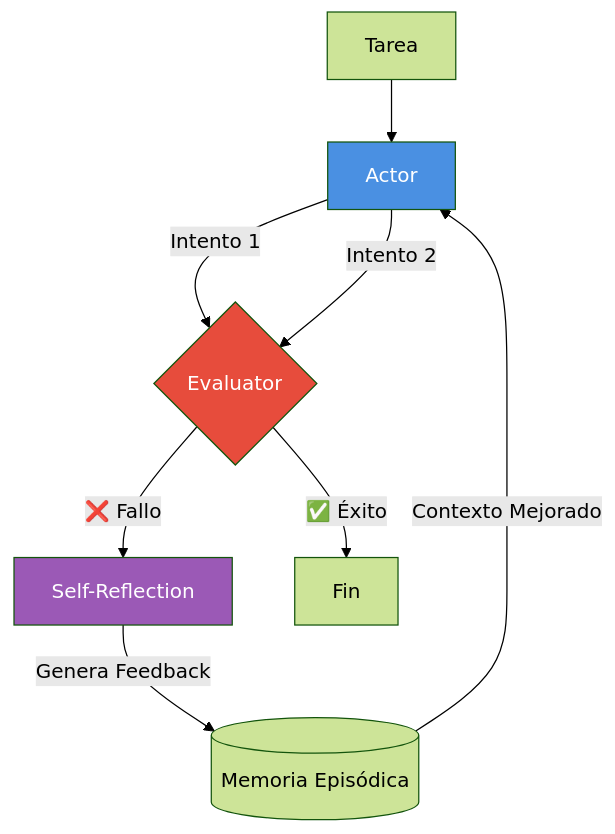
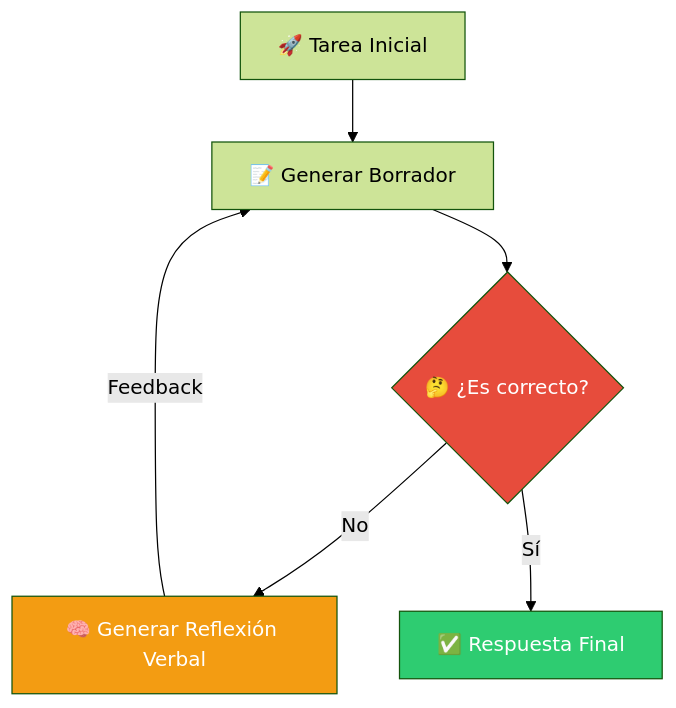
One commit to RACPSC2025/Professional-AI-Agent-Developer-Course-v1.0 changed the diagram in module9/README.md. Above: the diagram before and after it, drawn with Mermaid (forest theme). The commit also changed other lines of this file and 7 other files, not shown here.

````diff
--- a/module9/README.md
+++ b/module9/README.md
@@ -53,14 +38,14 @@
 ```mermaid
 graph TD
-    Task[Tarea] --> Actor
-    Actor -->|Intento 1| Evaluator{Evaluator}
-    Evaluator -->|❌ Fallo| SelfReflection[Self-Reflection]
-    SelfReflection -->|Genera Feedback| Memory[(Memoria Episódica)]
-    Memory -->|Contexto Mejorado| Actor
-    Actor -->|Intento 2| Evaluator
-    Evaluator -->|✅ Éxito| Success[Fin]
+    Start[🚀 Tarea Inicial] --> Draft[📝 Generar Borrador]
+    Draft --> Critique{🤔 ¿Es correcto?}
     
-    style Actor fill:#4A90E2,color:#fff
-    style SelfReflection fill:#9B59B6,color:#fff
-    style Evaluator fill:#E74C3C,color:#fff
+    Critique -->|No| Reflection[🧠 Generar Reflexión Verbal]
+    Reflection -->|Feedback| Draft
+    
+    Critique -->|Sí| Final[✅ Respuesta Final]
+    
+    style Reflection fill:#F39C12,color:#fff
+    style Critique fill:#E74C3C,color:#fff
+    style Final fill:#2ECC71,color:#fff
 ```
````
